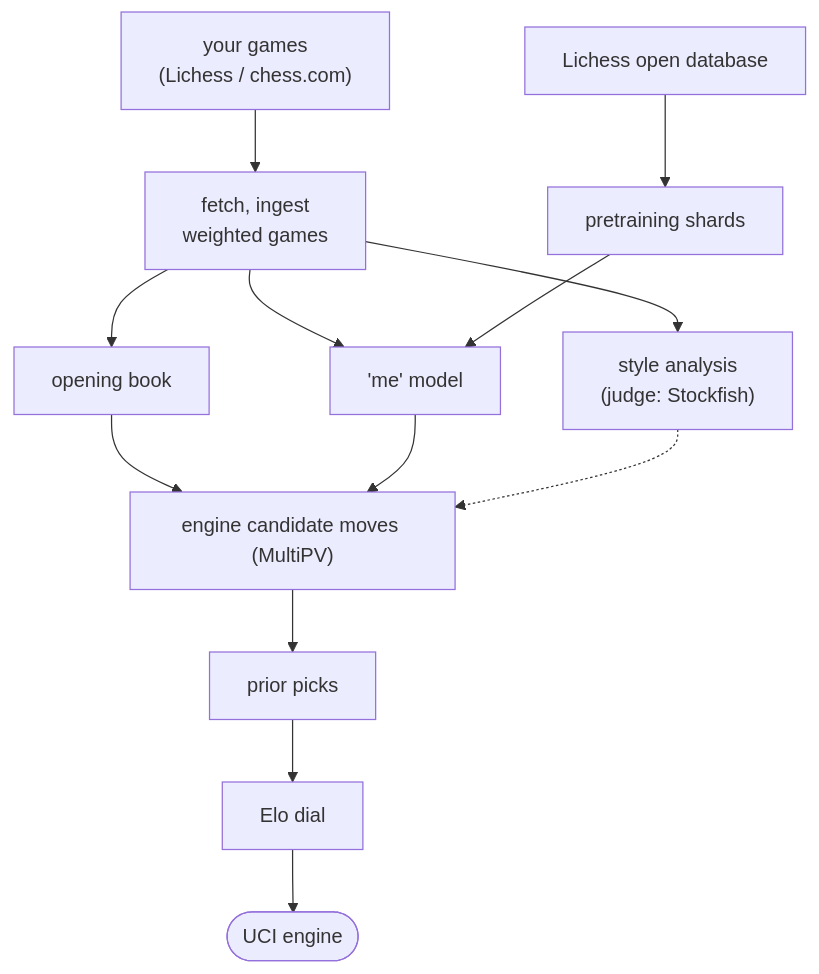
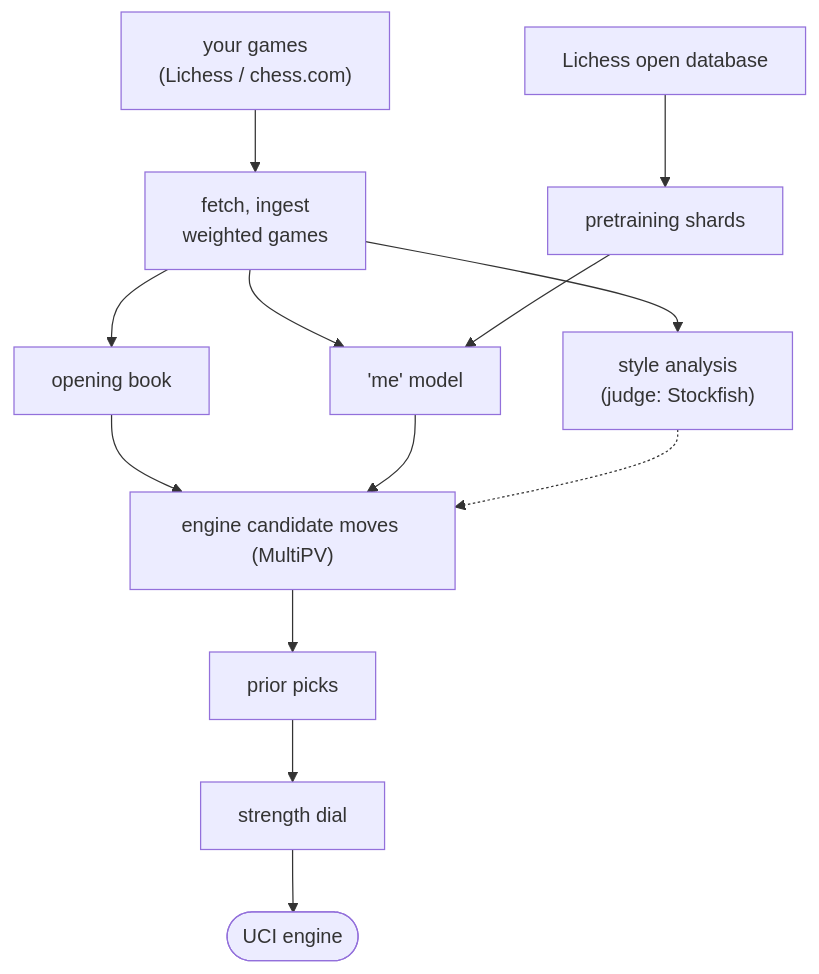
Before and after one commit to pranshuk22/MeChess: the diagram in README.md, drawn with Mermaid. The commit also changed other lines of this file and 12 other files, not shown here.

````diff
--- a/README.md
+++ b/README.md
@@ -75,13 +97,13 @@
 ```mermaid
 flowchart TD
     G["your games<br/>(Lichess / chess.com)"] --> F["fetch, ingest<br/>weighted games"]
     L["Lichess open database"] --> P["pretraining shards"]
     F --> B["opening book"]
     F --> M["'me' model"]
     P --> M
     F --> S["style analysis<br/>(judge: Stockfish)"]
     B --> C["engine candidate moves (MultiPV)"]
     M --> C
     S -.-> C
-    C --> R["prior picks"] --> D["Elo dial"] --> U(["UCI engine"])
+    C --> R["prior picks"] --> D["strength dial"] --> U(["UCI engine"])
 ```
````
